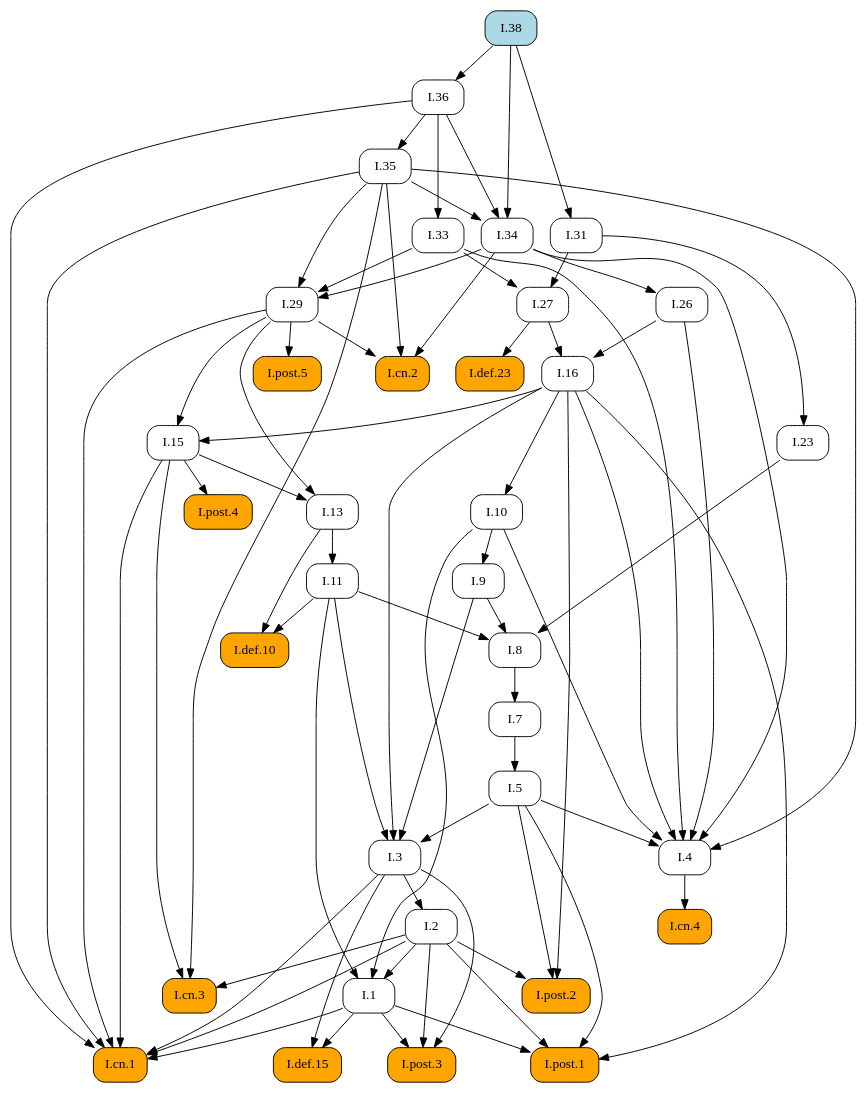
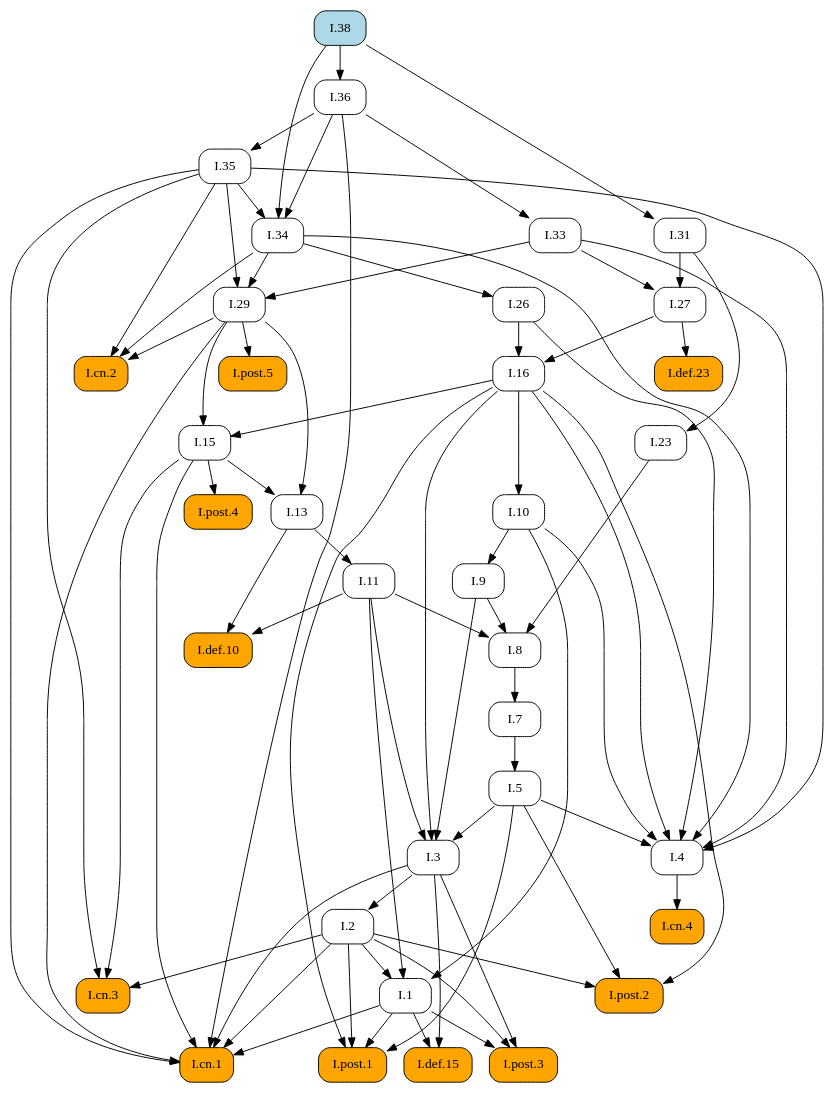
The diagram in docsrc/heath/I/38/index.rst (geometor/elements), drawn with Graphviz before and after one commit. The commit also changed other lines of this file and 1029 other files, not shown here.

```diff
--- a/docsrc/heath/I/38/index.rst
+++ b/docsrc/heath/I/38/index.rst
@@ -49,81 +49,88 @@
    digraph {
      rankdir="TB";
      node [shape=box, style=rounded];
+     "I.def.10" [style="rounded,filled", fillcolor=orange, URL="/heath/I/def.10/", target="_top"];
+     "I.11" [URL="/heath/I/11/", target="_top"];
+     "I.post.4" [style="rounded,filled", fillcolor=orange, URL="/heath/I/post.4/", target="_top"];
+     "I.1" [URL="/heath/I/1/", target="_top"];
+     "I.26" [URL="/heath/I/26/", target="_top"];
+     "I.29" [URL="/heath/I/29/", target="_top"];
+     "I.cn.2" [style="rounded,filled", fillcolor=orange, URL="/heath/I/cn.2/", target="_top"];
+     "I.def.15" [style="rounded,filled", fillcolor=orange, URL="/heath/I/def.15/", target="_top"];
+     "I.post.3" [style="rounded,filled", fillcolor=orange, URL="/heath/I/post.3/", target="_top"];
+     "I.cn.1" [style="rounded,filled", fillcolor=orange, URL="/heath/I/cn.1/", target="_top"];
      "I.cn.3" [style="rounded,filled", fillcolor=orange, URL="/heath/I/cn.3/", target="_top"];
-     "I.29" [URL="/heath/I/29/", target="_top"];
+     "I.23" [URL="/heath/I/23/", target="_top"];
+     "I.post.1" [style="rounded,filled", fillcolor=orange, URL="/heath/I/post.1/", target="_top"];
+     "I.35" [URL="/heath/I/35/", target="_top"];
+     "I.36" [URL="/heath/I/36/", target="_top"];
+     "I.27" [URL="/heath/I/27/", target="_top"];
      "I.7" [URL="/heath/I/7/", target="_top"];
-     "I.27" [URL="/heath/I/27/", target="_top"];
+     "I.34" [URL="/heath/I/34/", target="_top"];
+     "I.3" [URL="/heath/I/3/", target="_top"];
+     "I.2" [URL="/heath/I/2/", target="_top"];
+     "I.4" [URL="/heath/I/4/", target="_top"];
      "I.def.23" [style="rounded,filled", fillcolor=orange, URL="/heath/I/def.23/", target="_top"];
+     "I.13" [URL="/heath/I/13/", target="_top"];
+     "I.33" [URL="/heath/I/33/", target="_top"];
+     "I.31" [URL="/heath/I/31/", target="_top"];
+     "I.post.2" [style="rounded,filled", fillcolor=orange, URL="/heath/I/post.2/", target="_top"];
+     "I.16" [URL="/heath/I/16/", target="_top"];
+     "I.9" [URL="/heath/I/9/", target="_top"];
+     "I.8" [URL="/heath/I/8/", target="_top"];
+     "I.cn.4" [style="rounded,filled", fillcolor=orange, URL="/heath/I/cn.4/", target="_top"];
+     "I.15" [URL="/heath/I/15/", target="_top"];
+     "I.post.5" [style="rounded,filled", fillcolor=orange, URL="/heath/I/post.5/", target="_top"];
      "I.38" [style="rounded,filled", fillcolor=lightblue, URL="/heath/I/38/", target="_top"];
-     "I.34" [URL="/heath/I/34/", target="_top"];
-     "I.8" [URL="/heath/I/8/", target="_top"];
-     "I.9" [URL="/heath/I/9/", target="_top"];
-     "I.post.4" [style="rounded,filled", fillcolor=orange, URL="/heath/I/post.4/", target="_top"];
-     "I.2" [URL="/heath/I/2/", target="_top"];
-     "I.def.15" [style="rounded,filled", fillcolor=orange, URL="/heath/I/def.15/", target="_top"];
-     "I.1" [URL="/heath/I/1/", target="_top"];
-     "I.post.1" [style="rounded,filled", fillcolor=orange, URL="/heath/I/post.1/", target="_top"];
-     "I.cn.4" [style="rounded,filled", fillcolor=orange, URL="/heath/I/cn.4/", target="_top"];
-     "I.26" [URL="/heath/I/26/", target="_top"];
-     "I.33" [URL="/heath/I/33/", target="_top"];
-     "I.23" [URL="/heath/I/23/", target="_top"];
-     "I.13" [URL="/heath/I/13/", target="_top"];
-     "I.cn.2" [style="rounded,filled", fillcolor=orange, URL="/heath/I/cn.2/", target="_top"];
+     "I.10" [URL="/heath/I/10/", target="_top"];
      "I.5" [URL="/heath/I/5/", target="_top"];
-     "I.11" [URL="/heath/I/11/", target="_top"];
-     "I.10" [URL="/heath/I/10/", target="_top"];
-     "I.4" [URL="/heath/I/4/", target="_top"];
-     "I.3" [URL="/heath/I/3/", target="_top"];
-     "I.16" [URL="/heath/I/16/", target="_top"];
-     "I.31" [URL="/heath/I/31/", target="_top"];
-     "I.def.10" [style="rounded,filled", fillcolor=orange, URL="/heath/I/def.10/", target="_top"];
-     "I.post.2" [style="rounded,filled", fillcolor=orange, URL="/heath/I/post.2/", target="_top"];
-     "I.post.3" [style="rounded,filled", fillcolor=orange, URL="/heath/I/post.3/", target="_top"];
-     "I.post.5" [style="rounded,filled", fillcolor=orange, URL="/heath/I/post.5/", target="_top"];
-     "I.36" [URL="/heath/I/36/", target="_top"];
-     "I.35" [URL="/heath/I/35/", target="_top"];
-     "I.15" [URL="/heath/I/15/", target="_top"];
-     "I.cn.1" [style="rounded,filled", fillcolor=orange, URL="/heath/I/cn.1/", target="_top"];
+     "I.11" -> "I.def.10";
+     "I.13" -> "I.def.10";
+     "I.13" -> "I.11";
+     "I.15" -> "I.post.4";
+     "I.2" -> "I.1";
+     "I.10" -> "I.1";
+     "I.11" -> "I.1";
+     "I.34" -> "I.26";
+     "I.33" -> "I.29";
+     "I.34" -> "I.29";
+     "I.35" -> "I.29";
+     "I.29" -> "I.cn.2";
+     "I.34" -> "I.cn.2";
+     "I.35" -> "I.cn.2";
+     "I.1" -> "I.def.15";
+     "I.3" -> "I.def.15";
+     "I.1" -> "I.post.3";
+     "I.2" -> "I.post.3";
+     "I.3" -> "I.post.3";
+     "I.1" -> "I.cn.1";
+     "I.2" -> "I.cn.1";
+     "I.3" -> "I.cn.1";
+     "I.15" -> "I.cn.1";
+     "I.29" -> "I.cn.1";
+     "I.35" -> "I.cn.1";
+     "I.36" -> "I.cn.1";
      "I.2" -> "I.cn.3";
      "I.15" -> "I.cn.3";
      "I.35" -> "I.cn.3";
-     "I.33" -> "I.29";
-     "I.34" -> "I.29";
-     "I.35" -> "I.29";
-     "I.8" -> "I.7";
-     "I.31" -> "I.27";
-     "I.33" -> "I.27";
-     "I.27" -> "I.def.23";
-     "I.35" -> "I.34";
-     "I.36" -> "I.34";
-     "I.38" -> "I.34";
-     "I.9" -> "I.8";
-     "I.11" -> "I.8";
-     "I.23" -> "I.8";
-     "I.10" -> "I.9";
-     "I.15" -> "I.post.4";
-     "I.3" -> "I.2";
-     "I.1" -> "I.def.15";
-     "I.3" -> "I.def.15";
-     "I.2" -> "I.1";
-     "I.10" -> "I.1";
-     "I.11" -> "I.1";
+     "I.31" -> "I.23";
      "I.1" -> "I.post.1";
      "I.2" -> "I.post.1";
      "I.5" -> "I.post.1";
      "I.16" -> "I.post.1";
-     "I.4" -> "I.cn.4";
-     "I.34" -> "I.26";
-     "I.36" -> "I.33";
-     "I.31" -> "I.23";
-     "I.15" -> "I.13";
-     "I.29" -> "I.13";
-     "I.29" -> "I.cn.2";
-     "I.34" -> "I.cn.2";
-     "I.35" -> "I.cn.2";
-     "I.7" -> "I.5";
-     "I.13" -> "I.11";
-     "I.16" -> "I.10";
+     "I.36" -> "I.35";
+     "I.38" -> "I.36";
+     "I.31" -> "I.27";
+     "I.33" -> "I.27";
+     "I.8" -> "I.7";
+     "I.35" -> "I.34";
+     "I.36" -> "I.34";
+     "I.38" -> "I.34";
+     "I.5" -> "I.3";
+     "I.9" -> "I.3";
+     "I.11" -> "I.3";
+     "I.16" -> "I.3";
+     "I.3" -> "I.2";
      "I.5" -> "I.4";
      "I.10" -> "I.4";
      "I.16" -> "I.4";
@@ -131,31 +138,24 @@
      "I.33" -> "I.4";
      "I.34" -> "I.4";
      "I.35" -> "I.4";
-     "I.5" -> "I.3";
-     "I.9" -> "I.3";
-     "I.11" -> "I.3";
-     "I.16" -> "I.3";
-     "I.26" -> "I.16";
-     "I.27" -> "I.16";
+     "I.27" -> "I.def.23";
+     "I.15" -> "I.13";
+     "I.29" -> "I.13";
+     "I.36" -> "I.33";
      "I.38" -> "I.31";
-     "I.11" -> "I.def.10";
-     "I.13" -> "I.def.10";
      "I.2" -> "I.post.2";
      "I.5" -> "I.post.2";
      "I.16" -> "I.post.2";
-     "I.1" -> "I.post.3";
-     "I.2" -> "I.post.3";
-     "I.3" -> "I.post.3";
-     "I.29" -> "I.post.5";
-     "I.38" -> "I.36";
-     "I.36" -> "I.35";
+     "I.26" -> "I.16";
+     "I.27" -> "I.16";
+     "I.10" -> "I.9";
+     "I.9" -> "I.8";
+     "I.11" -> "I.8";
+     "I.23" -> "I.8";
+     "I.4" -> "I.cn.4";
      "I.16" -> "I.15";
      "I.29" -> "I.15";
-     "I.1" -> "I.cn.1";
-     "I.2" -> "I.cn.1";
-     "I.3" -> "I.cn.1";
-     "I.15" -> "I.cn.1";
-     "I.29" -> "I.cn.1";
-     "I.35" -> "I.cn.1";
-     "I.36" -> "I.cn.1";
+     "I.29" -> "I.post.5";
+     "I.16" -> "I.10";
+     "I.7" -> "I.5";
    }
```
